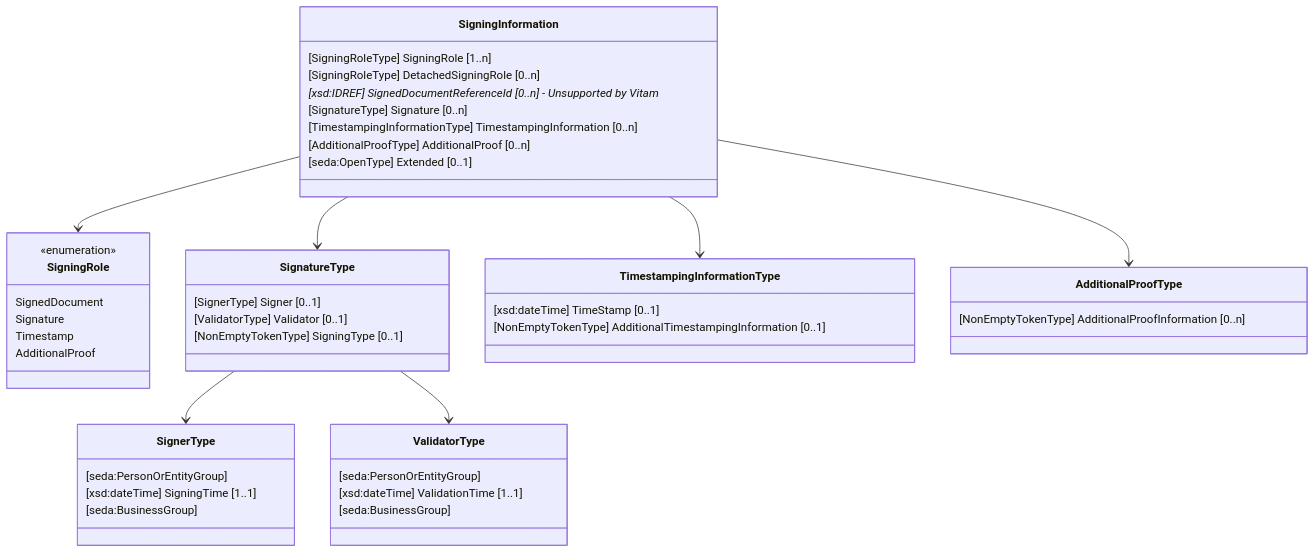
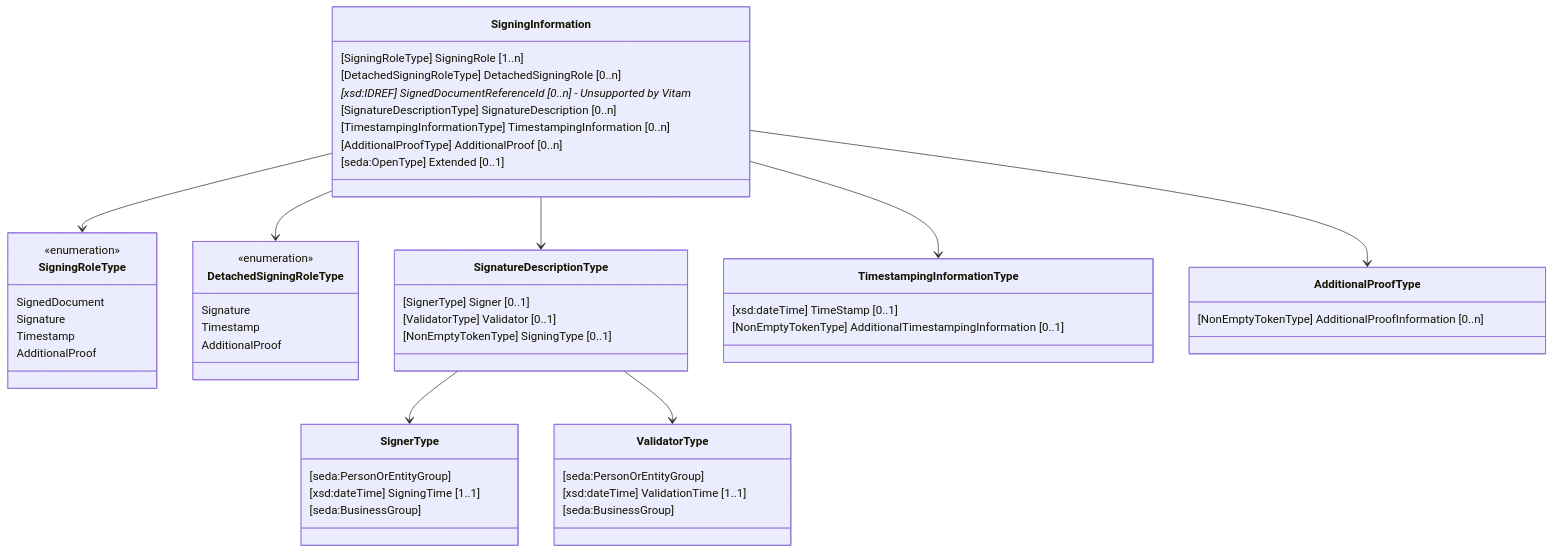
The diagram in doc/fr/cookbooks/SigningInformation/README.md (ProgrammeVitam/vitam), drawn with Mermaid before and after one commit. The commit also changed other lines of this file and 14 other files, not shown here.

First line of the commit message:
Story #11780: Update xsd schema for SigningInformation

````diff
--- a/doc/fr/cookbooks/SigningInformation/README.md
+++ b/doc/fr/cookbooks/SigningInformation/README.md
@@ -53,47 +53,54 @@
 ```mermaid
 classDiagram
-    SigningInformation --> SigningRole
-    SigningInformation --> SignatureType
+    SigningInformation --> SigningRoleType
+    SigningInformation --> DetachedSigningRoleType
+    SigningInformation --> SignatureDescriptionType
     SigningInformation --> TimestampingInformationType
     SigningInformation --> AdditionalProofType
-    SignatureType --> SignerType
-    SignatureType --> ValidatorType
+    SignatureDescriptionType --> SignerType
+    SignatureDescriptionType --> ValidatorType
     class SigningInformation {
         [SigningRoleType] SigningRole [1..n]
-        [SigningRoleType] DetachedSigningRole [0..n]
+        [DetachedSigningRoleType] DetachedSigningRole [0..n]
         [xsd:IDREF] SignedDocumentReferenceId [0..n] - Unsupported by Vitam*
-        [SignatureType] Signature [0..n]
+        [SignatureDescriptionType] SignatureDescription [0..n]
         [TimestampingInformationType] TimestampingInformation [0..n]
         [AdditionalProofType] AdditionalProof [0..n]
         [seda:OpenType] Extended [0..1]
     }
-    class SigningRole {
+    class SigningRoleType {
          <<enumeration>>
          SignedDocument 
          Signature
          Timestamp
          AdditionalProof
     }
-    class SignatureType {
+    class DetachedSigningRoleType {
+         <<enumeration>>
+         Signature
+         Timestamp
+         AdditionalProof
+    }
+    class SignatureDescriptionType {
         [SignerType] Signer [0..1]
         [ValidatorType] Validator [0..1]
         [NonEmptyTokenType] SigningType [0..1]
     }
     class SignerType {
         [seda:PersonOrEntityGroup]
         [xsd:dateTime] SigningTime [1..1]
         [seda:BusinessGroup]
     }
     class ValidatorType {
         [seda:PersonOrEntityGroup]
         [xsd:dateTime] ValidationTime [1..1]
         [seda:BusinessGroup]
     }
     class TimestampingInformationType {
         [xsd:dateTime] TimeStamp [0..1]
         [NonEmptyTokenType] AdditionalTimestampingInformation [0..1]
     }
     class AdditionalProofType {
         [NonEmptyTokenType] AdditionalProofInformation [0..n]
     }
 ```
````
